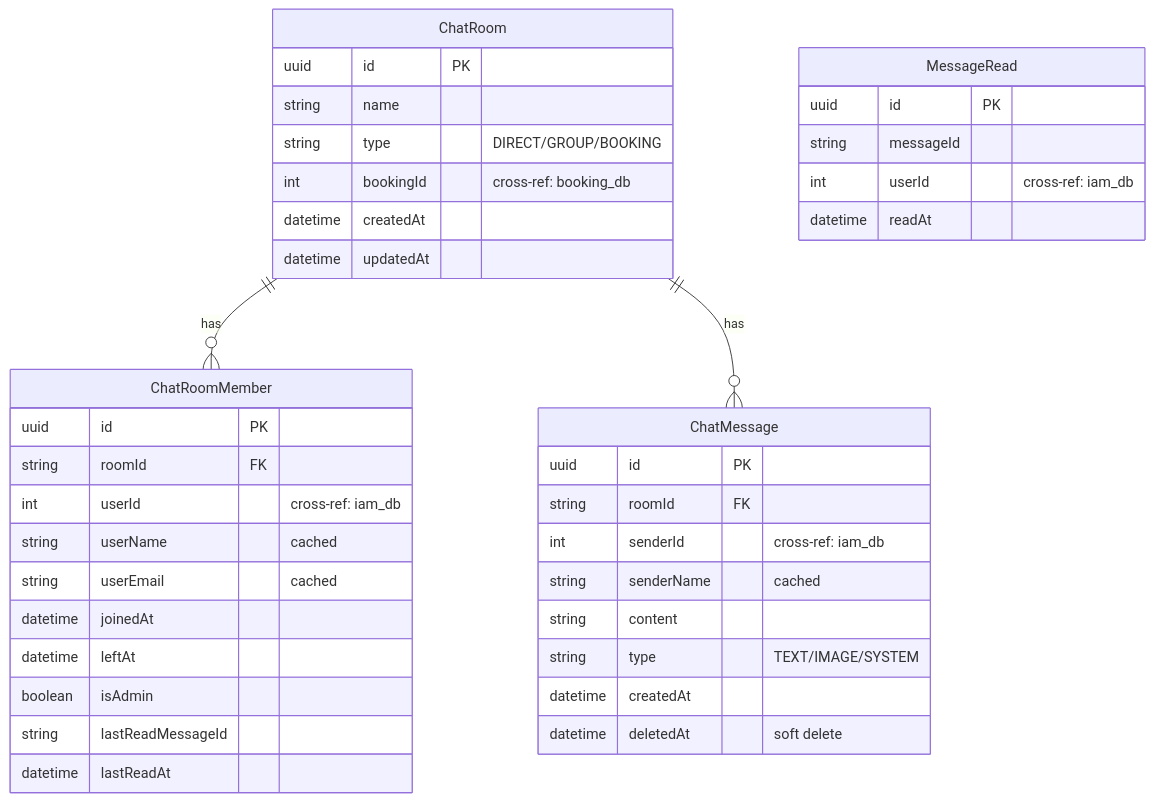
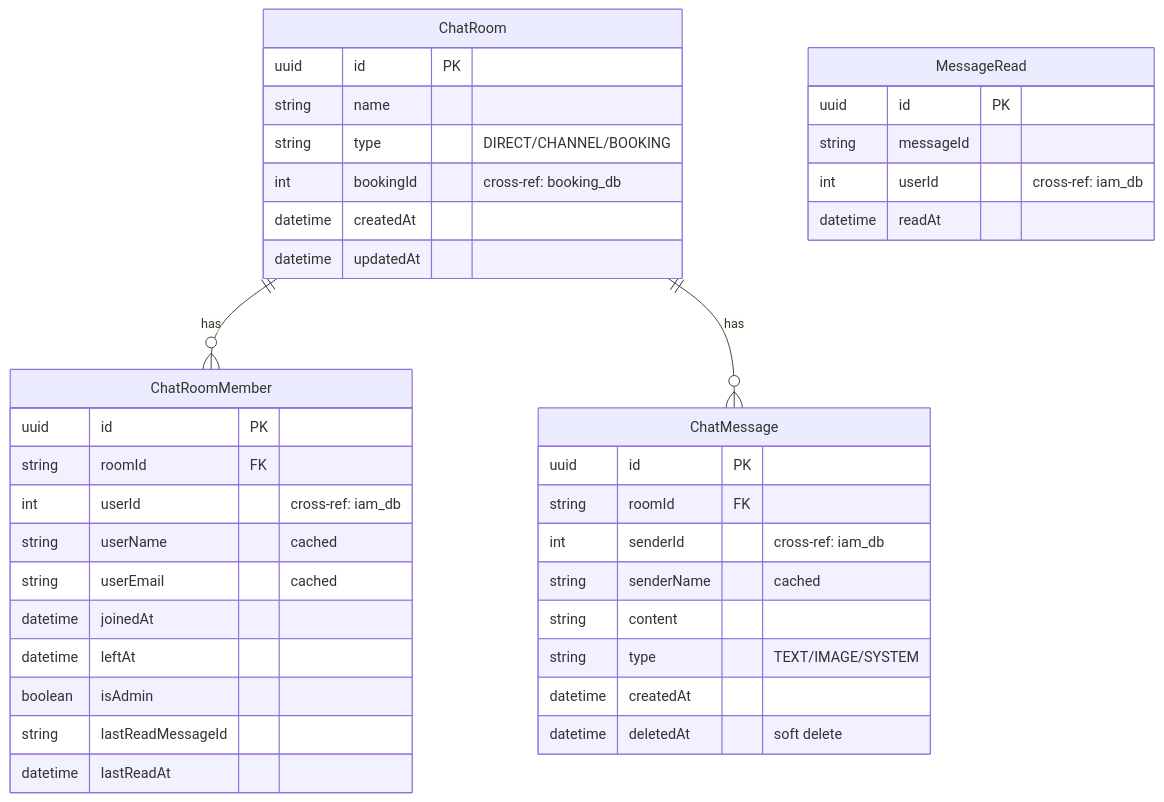
Diagram 23 of 25 in docs/architecture/DATABASE.md (uniyous/parkgolf-platform), drawn with Mermaid before and after one commit. The commit also changed other lines of this file and 3 other files, not shown here.

````diff
--- a/docs/architecture/DATABASE.md
+++ b/docs/architecture/DATABASE.md
@@ -1112,45 +1112,45 @@
 ```mermaid
 erDiagram
     ChatRoom ||--o{ ChatRoomMember : "has"
     ChatRoom ||--o{ ChatMessage : "has"
 
     ChatRoom {
         uuid id PK
         string name
-        string type "DIRECT/GROUP/BOOKING"
+        string type "DIRECT/CHANNEL/BOOKING"
         int bookingId "cross-ref: booking_db"
         datetime createdAt
         datetime updatedAt
     }
 
     ChatRoomMember {
         uuid id PK
         string roomId FK
         int userId "cross-ref: iam_db"
         string userName "cached"
         string userEmail "cached"
         datetime joinedAt
         datetime leftAt
         boolean isAdmin
         string lastReadMessageId
         datetime lastReadAt
     }
 
     ChatMessage {
         uuid id PK
         string roomId FK
         int senderId "cross-ref: iam_db"
         string senderName "cached"
         string content
         string type "TEXT/IMAGE/SYSTEM"
         datetime createdAt
         datetime deletedAt "soft delete"
     }
 
     MessageRead {
         uuid id PK
         string messageId
         int userId "cross-ref: iam_db"
         datetime readAt
     }
 ```
````
